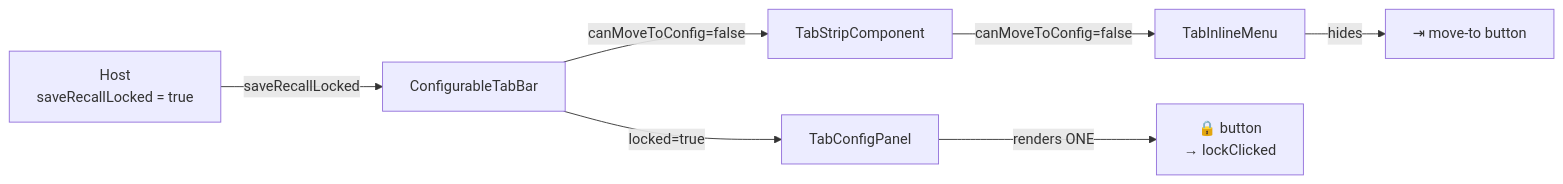
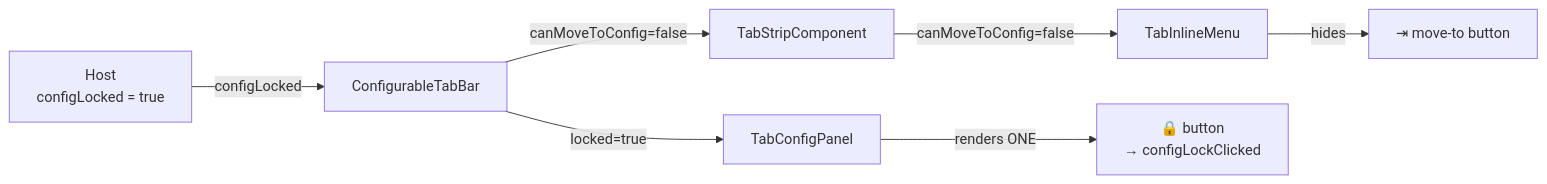
The ninth of 12 diagrams in apps/frontend-webapp/src/app/shared/configurable-tab-bar/README.md (hugoheynard/SH3PERD), drawn with Mermaid before and after one commit. The commit also changed other lines of this file and 4 other files, not shown here.

````diff
--- a/apps/frontend-webapp/src/app/shared/configurable-tab-bar/README.md
+++ b/apps/frontend-webapp/src/app/shared/configurable-tab-bar/README.md
@@ -322,15 +322,15 @@
 ```mermaid
 flowchart LR
-  Host[Host<br/>saveRecallLocked = true]
+  Host[Host<br/>configLocked = true]
   Bar[ConfigurableTabBar]
   Panel[TabConfigPanel]
   Strip[TabStripComponent]
   Menu[TabInlineMenu]
 
-  Host -- saveRecallLocked --> Bar
+  Host -- configLocked --> Bar
   Bar -- locked=true --> Panel
-  Panel -- renders ONE --> Lock1[🔒 button<br/>→ lockClicked]
+  Panel -- renders ONE --> Lock1[🔒 button<br/>→ configLockClicked]
   Bar -- canMoveToConfig=false --> Strip
   Strip -- canMoveToConfig=false --> Menu
   Menu -- hides --> MoveBtn[⇥ move-to button]
 ```
````
